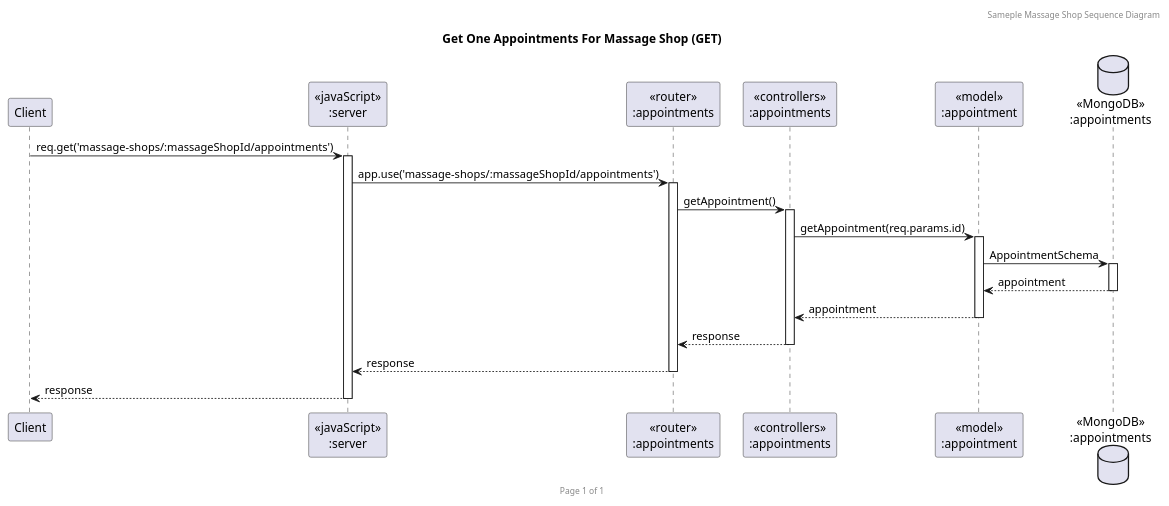
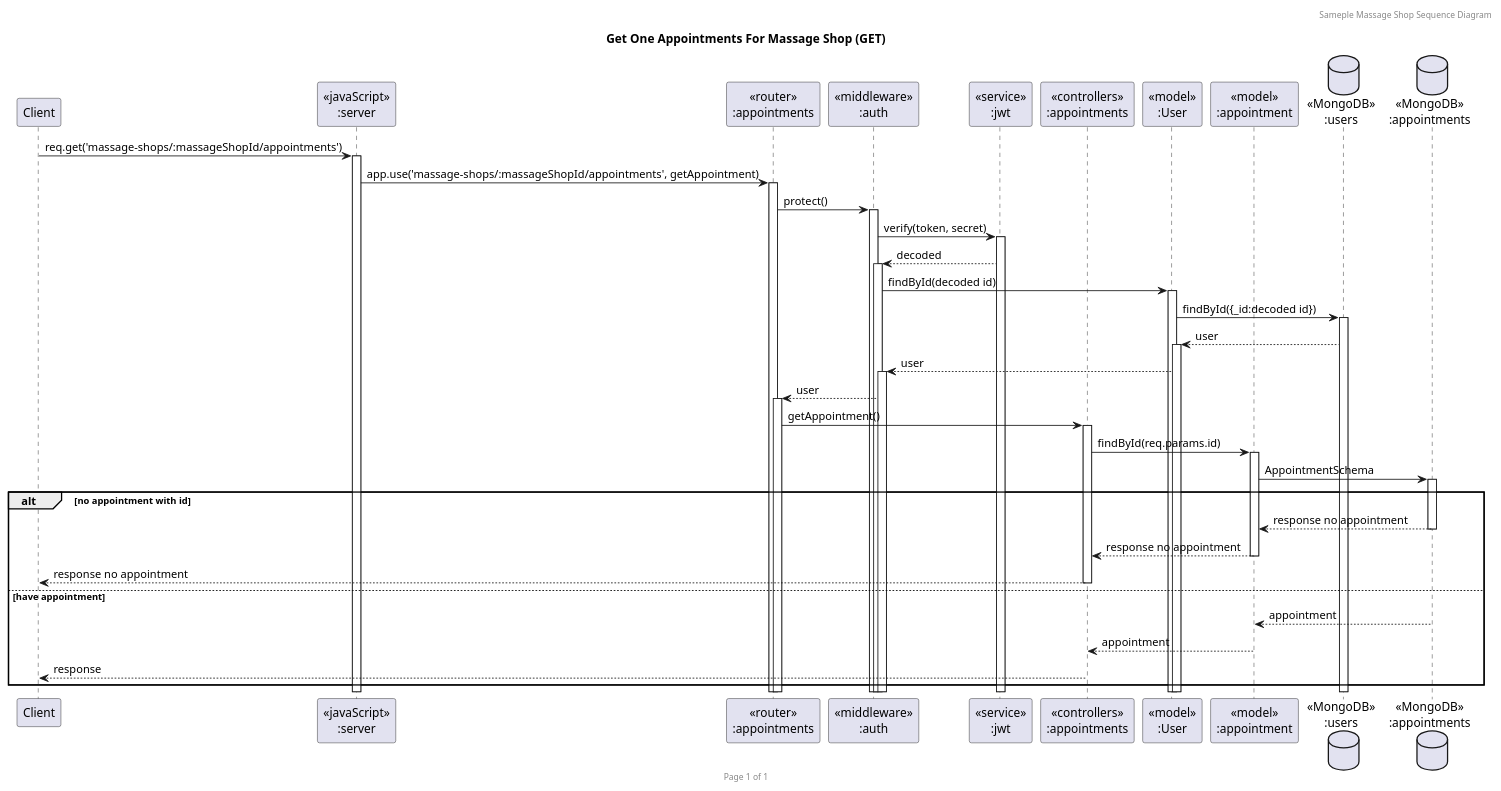
Before and after one commit to BabeTanya/massage-catherine: the diagram in sequence_diagram/MassageSequence_getApptForMassageShop.puml, drawn with PlantUML. The commit also changed 13 other files, not shown here.

Commit message:
Revise sequence diagram and import new collection postman

```diff
--- a/sequence_diagram/MassageSequence_getApptForMassageShop.puml
+++ b/sequence_diagram/MassageSequence_getApptForMassageShop.puml
@@ -1,25 +1,41 @@
 @startuml Get One Appointments For Massage Shop (GET)
 
 header Sameple Massage Shop Sequence Diagram
 footer Page %page% of %lastpage%
 title "Get One Appointments For Massage Shop (GET)"
 
 participant "Client" as client
 participant "<<javaScript>>\n:server" as server
 participant "<<router>>\n:appointments" as routerAppointments
+participant "<<middleware>>\n:auth" as middleware
+participant "<<service>>\n:jwt" as service
 participant "<<controllers>>\n:appointments" as controllersAppointments
+participant "<<model>>\n:User" as modelUser
 participant "<<model>>\n:appointment" as modelAppointment
+database "<<MongoDB>>\n:users" as UsersDatabase
 database "<<MongoDB>>\n:appointments" as AppointmentsDatabase
 
 client->server ++:req.get('massage-shops/:massageShopId/appointments')
-server->routerAppointments ++:app.use('massage-shops/:massageShopId/appointments')
+server->routerAppointments ++:app.use('massage-shops/:massageShopId/appointments', getAppointment)
+routerAppointments -> middleware ++:protect()
+middleware -> service ++:verify(token, secret)
+middleware <-- service ++:decoded
+middleware -> modelUser ++:findById(decoded id)
+modelUser -> UsersDatabase ++:findById({_id:decoded id})
+modelUser <-- UsersDatabase ++:user
+middleware <-- modelUser ++:user
+routerAppointments <-- middleware ++:user
 routerAppointments -> controllersAppointments ++:getAppointment()
-controllersAppointments->modelAppointment ++:getAppointment(req.params.id)
+controllersAppointments->modelAppointment ++:findById(req.params.id)
 modelAppointment ->AppointmentsDatabase ++: AppointmentSchema
-AppointmentsDatabase --> modelAppointment --: appointment
-controllersAppointments <-- modelAppointment --:appointment
-routerAppointments <-- controllersAppointments --:response
-server <-- routerAppointments --:response
-client <-- server --:response
+alt no appointment with id
+  AppointmentsDatabase --> modelAppointment --: response no appointment
+  controllersAppointments <-- modelAppointment --:response no appointment
+  client <-- controllersAppointments --:response no appointment
+else have appointment
+  AppointmentsDatabase --> modelAppointment --: appointment
+  controllersAppointments <-- modelAppointment --: appointment
+  client <-- controllersAppointments --:response
+end
 
 @enduml
```
